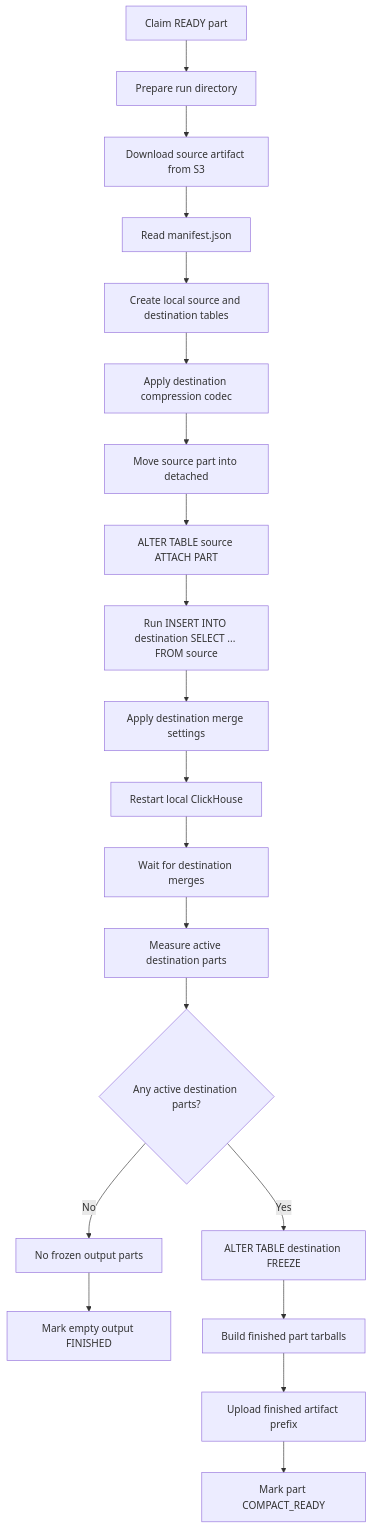
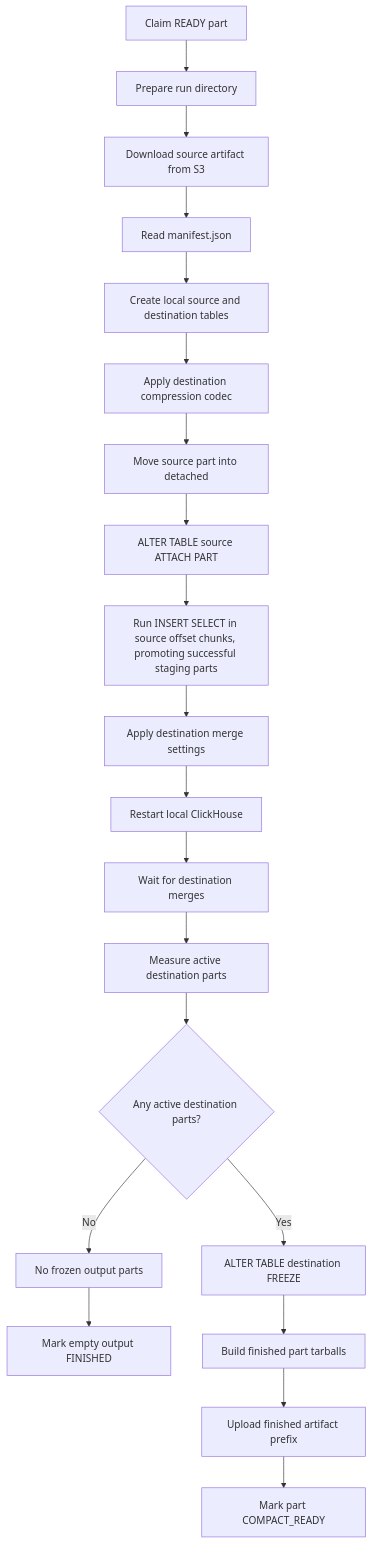
One commit to PostHog/partforge changed the second of 3 diagrams in docs/rewrite-flow.md. Above: the diagram before and after it, drawn with Mermaid. The commit also changed other lines of this file and 7 other files, not shown here.

Commit message:
Preserve completed insert chunks across resource retries

````diff
--- a/docs/rewrite-flow.md
+++ b/docs/rewrite-flow.md
@@ -40,22 +40,22 @@
 ```mermaid
 graph TD
     A[Claim READY part] --> B[Prepare run directory]
     B --> C[Download source artifact from S3]
     C --> D[Read manifest.json]
     D --> E[Create local source and destination tables]
     E --> F[Apply destination compression codec]
     F --> G[Move source part into detached]
     G --> H[ALTER TABLE source ATTACH PART]
-    H --> I[Run INSERT INTO destination SELECT ... FROM source]
+    H --> I[Run INSERT SELECT in source offset chunks, promoting successful staging parts]
     I --> J[Apply destination merge settings]
     J --> K[Restart local ClickHouse]
     K --> L[Wait for destination merges]
     L --> P[Measure active destination parts]
     P --> Q{Any active destination parts?}
     Q -- No --> R[No frozen output parts]
     R --> W[Mark empty output FINISHED]
     Q -- Yes --> S[ALTER TABLE destination FREEZE]
     S --> T[Build finished part tarballs]
     T --> U[Upload finished artifact prefix]
     U --> V[Mark part COMPACT_READY]
 ```
````
